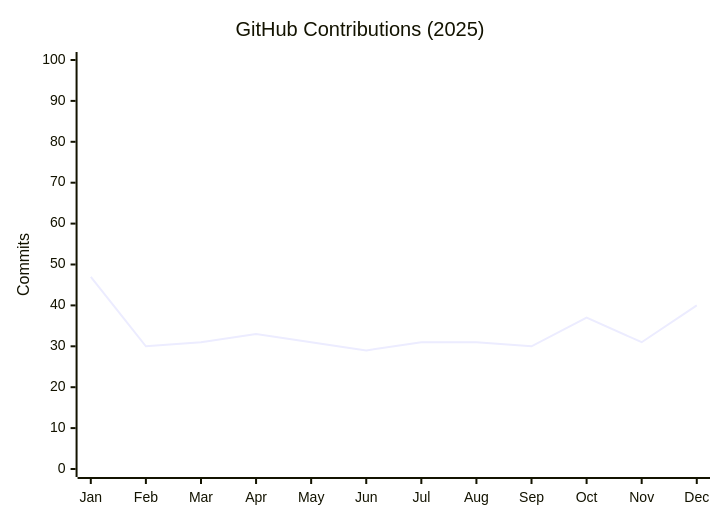
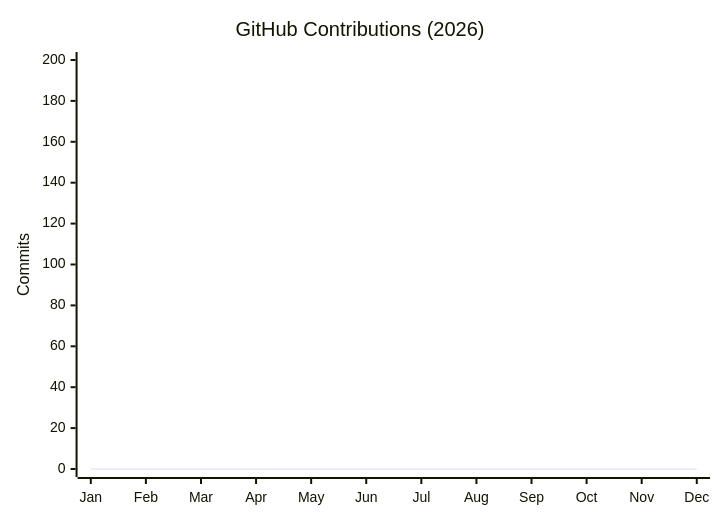
One commit to lorenz-MotionGraphics/lorenz-MotionGraphics changed the diagram in README.md. Above: the diagram before and after it, drawn with Mermaid.

Commit message:
📈 Update contribution chart

````diff
--- a/README.md
+++ b/README.md
@@ -13,7 +13,7 @@
 ```mermaid
 xychart-beta
-    title "GitHub Contributions (2025)"
+    title "GitHub Contributions (2026)"
     x-axis ["Jan","Feb","Mar","Apr","May","Jun","Jul","Aug","Sep","Oct","Nov","Dec"]
-    y-axis "Commits" 0 --> 100
-    line [47, 30, 31, 33, 31, 29, 31, 31, 30, 37, 31, 40]
+    y-axis "Commits" 0 --> 200
+    line [0, 0, 0, 0, 0, 0, 0, 0, 0, 0, 0, 0]
 ```
````
